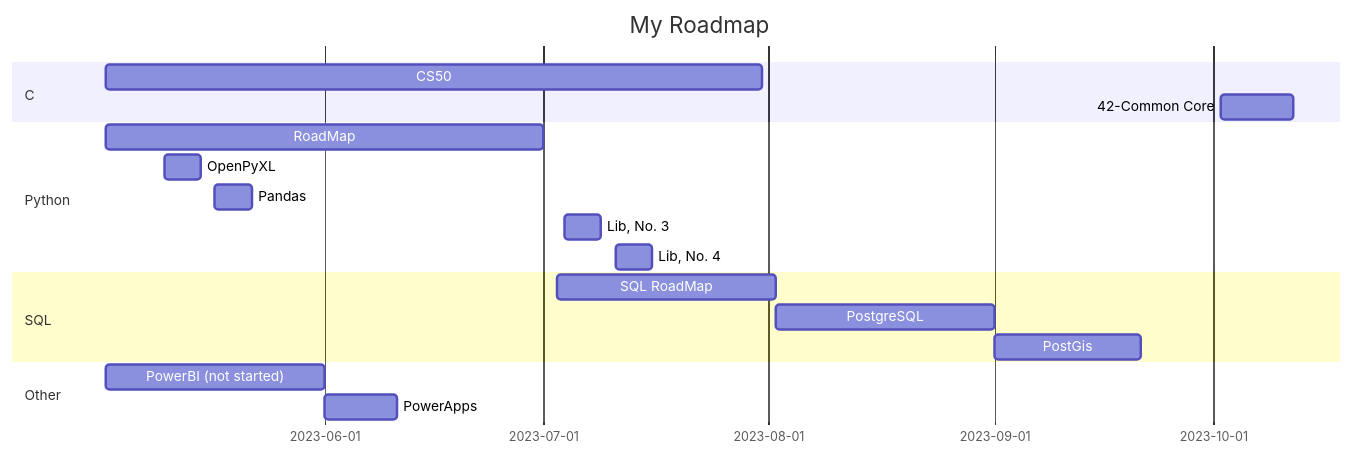
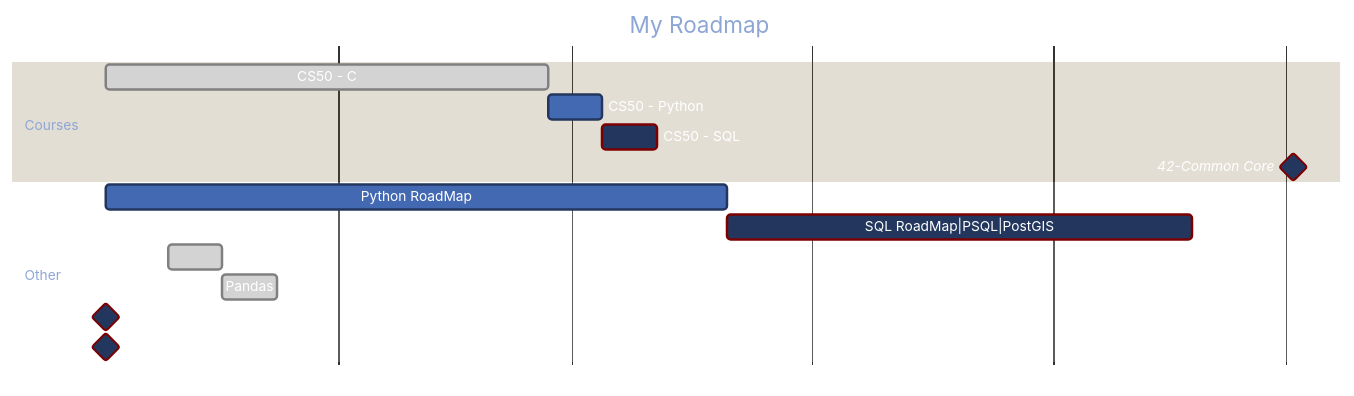
Before and after one commit to see7e/programming-studies: the diagram in README.md, drawn with Mermaid. The commit also changed other lines of this file and 2 other files, not shown here.

Commit message:
[update] Docs and CS50x

````diff
--- a/README.md
+++ b/README.md
@@ -75,24 +75,31 @@
 ```mermaid
+%%{
+  init: {
+    'theme': 'base',
+    'themeVariables': {
+      'primaryColor': '#23375E',
+      'primaryTextColor': '#FFF',
+      'primaryBorderColor': '#7C0000',
+      'lineColor': '#F8B229'
+    }
+  }
+}%%
+
 gantt
 	title My Roadmap
     dateFormat  DD-MM-YYYY
-    section C
-    CS50                    :a1, 02-05-2023, 90d
-    42-Common Core          :a2, 02-10-2023, 10d
 
-    section Python
-    RoadMap                 :02-05-2023, 60d
-    OpenPyXL                :10-05-2023, 5d
-    Pandas                  :17-05-2023, 5d
-    Lib, No. 3              :04-07-2023, 5d
-    Lib, No. 4              :11-07-2023, 5d
-
-    section SQL
-    SQL RoadMap             :03-07-2023, 30d
-    PostgreSQL              :30d
-    PostGis                 :20d
+    section Courses
+    CS50 - C                    :done, c1, 02-05-2023, 28-06-2023
+    CS50 - Python               :active, c2, after c1, 7d
+    CS50 - SQL                  :c3, after c2, 7d
+    42-Common Core              :milestone, 42, 02-10-2023, 0d
 
     section Other
-    PowerBI (not started)   :02-05-2023, 30d
-    PowerApps               :10d
+    Python RoadMap              :active, a1, 02-05-2023, 80d
+    SQL RoadMap|PSQL|PostGIS    :after a1, 60d
+    OpenPyXL                    :done, a5, 10-05-2023, 7d 
+    Pandas                      :done, after a5, 7d
+    PowerBI (not started)       :milestone, 02-05-2023, 0d
+    PowerApps (not started)     :milestone, 0d
 ```
````
